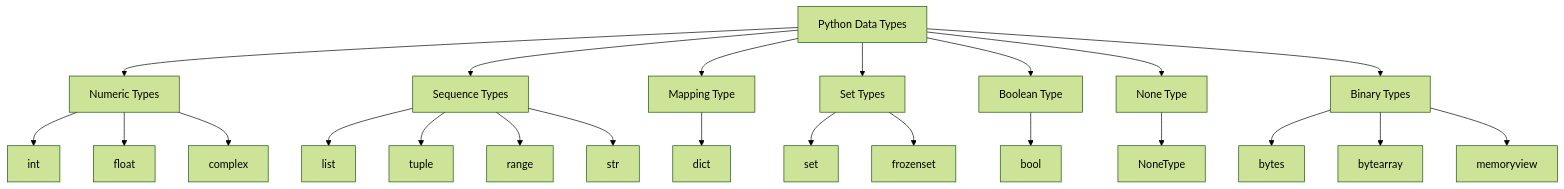
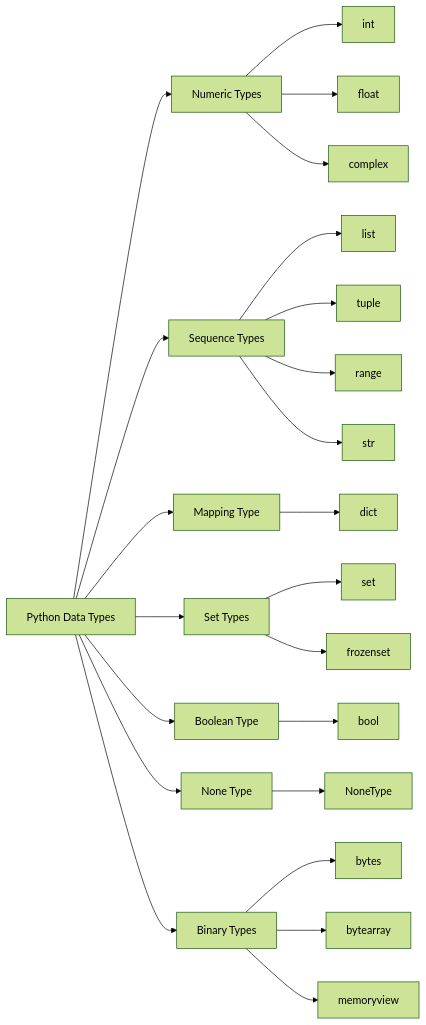
One commit to yeonkyupark/python_beginner changed the diagram in 20syntax.qmd. Above: the diagram before and after it, drawn with Mermaid (forest theme). The commit also changed other lines of this file, not shown here.

````diff
--- a/20syntax.qmd
+++ b/20syntax.qmd
@@ -69,32 +69,32 @@
 ```{mermaid}
-graph TD
+graph LR
     A[Python Data Types] --> B[Numeric Types]
     A --> C[Sequence Types]
     A --> D[Mapping Type]
     A --> E[Set Types]
     A --> F[Boolean Type]
     A --> G[None Type]
     A --> H[Binary Types]
     
     B --> B1[int]
     B --> B2[float]
     B --> B3[complex]
     
     C --> C1[list]
     C --> C2[tuple]
     C --> C3[range]
     C --> C4[str]
     
     D --> D1[dict]
     
     E --> E1[set]
     E --> E2[frozenset]
     
     F --> F1[bool]
     
     G --> G1[NoneType]
     
     H --> H1[bytes]
     H --> H2[bytearray]
     H --> H3[memoryview]
 ```
````
